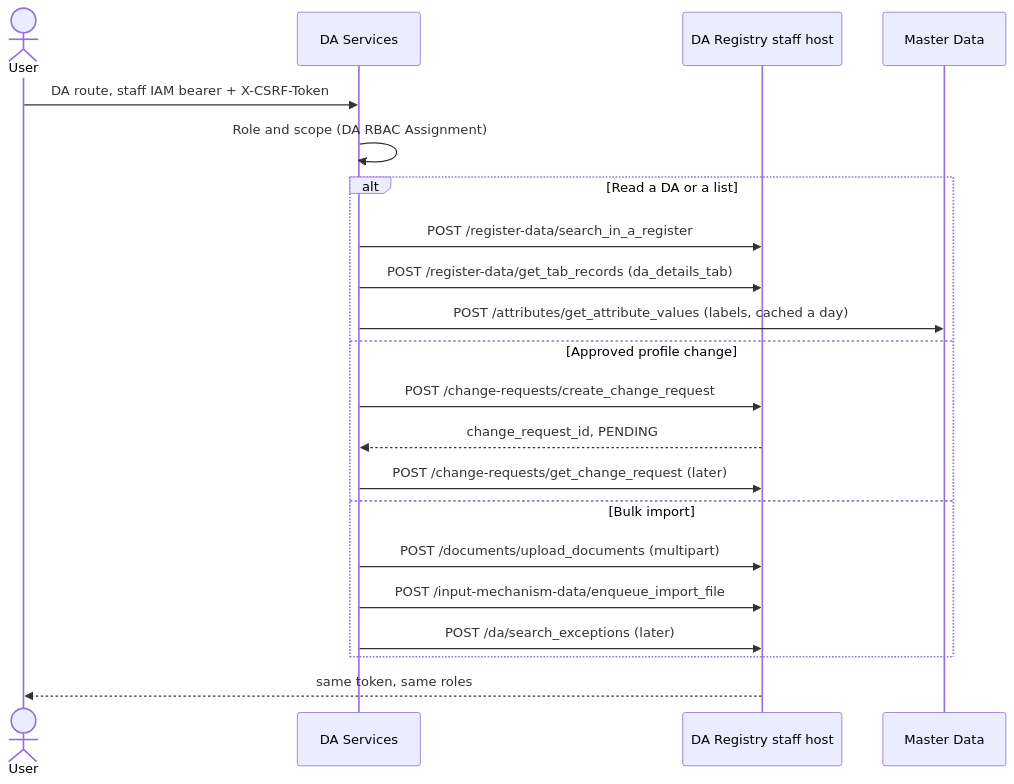
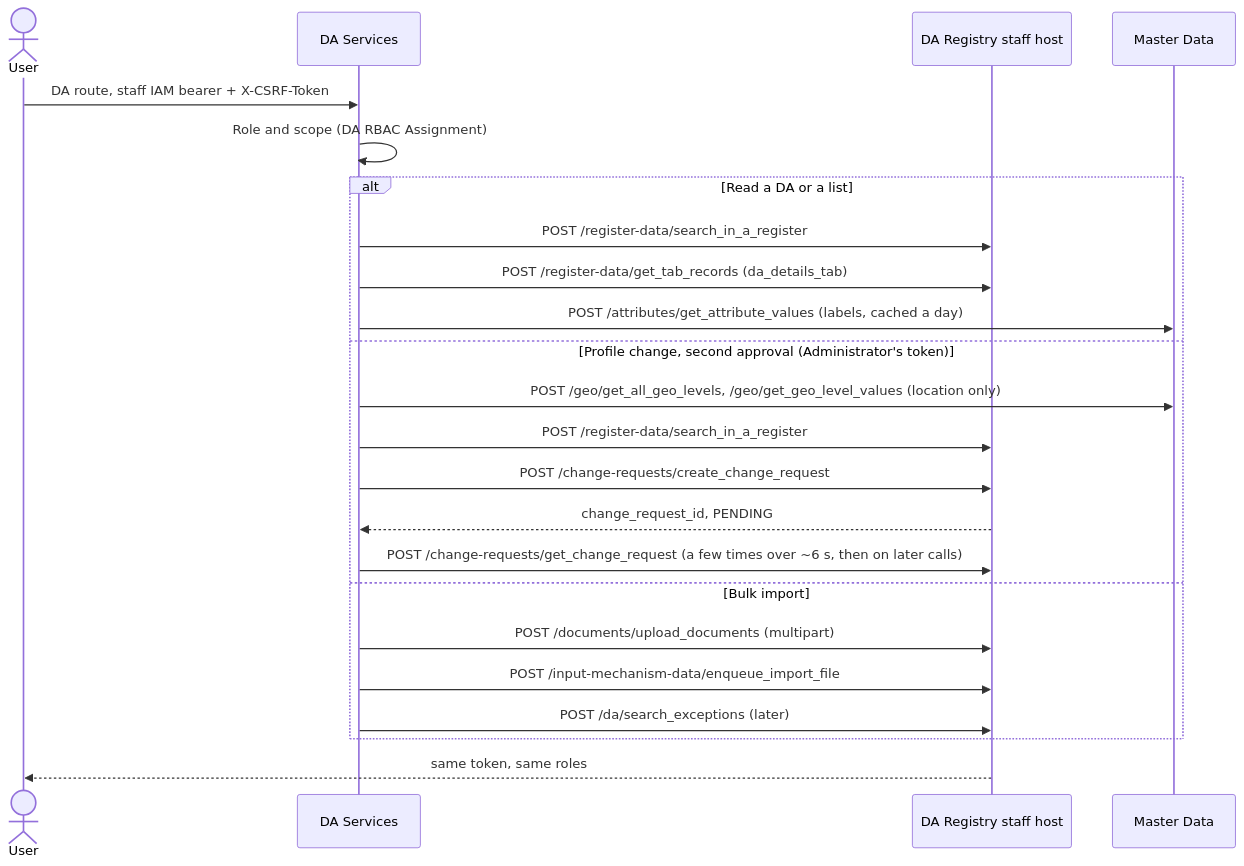
The diagram in docs/da-registry-integration.md (Centre-for-Open-Societal-Systems/oan_da_app_services), drawn with Mermaid before and after one commit. The commit also changed other lines of this file and 19 other files, not shown here.

First line of the commit message:
feat(profile): two-level approval of DA profile changes before the registry

````diff
--- a/docs/da-registry-integration.md
+++ b/docs/da-registry-integration.md
@@ -18,24 +18,26 @@
 ```mermaid
 sequenceDiagram
   actor User
   participant DA as DA Services
   participant Reg as DA Registry staff host
   participant MD as Master Data
 
   User->>DA: DA route, staff IAM bearer + X-CSRF-Token
   DA->>DA: Role and scope (DA RBAC Assignment)
   alt Read a DA or a list
     DA->>Reg: POST /register-data/search_in_a_register
     DA->>Reg: POST /register-data/get_tab_records (da_details_tab)
     DA->>MD: POST /attributes/get_attribute_values (labels, cached a day)
-  else Approved profile change
+  else Profile change, second approval (Administrator's token)
+    DA->>MD: POST /geo/get_all_geo_levels, /geo/get_geo_level_values (location only)
+    DA->>Reg: POST /register-data/search_in_a_register
     DA->>Reg: POST /change-requests/create_change_request
     Reg-->>DA: change_request_id, PENDING
-    DA->>Reg: POST /change-requests/get_change_request (later)
+    DA->>Reg: POST /change-requests/get_change_request (a few times over ~6 s, then on later calls)
   else Bulk import
     DA->>Reg: POST /documents/upload_documents (multipart)
     DA->>Reg: POST /input-mechanism-data/enqueue_import_file
     DA->>Reg: POST /da/search_exceptions (later)
   end
   Reg-->>User: same token, same roles
 ```
````
